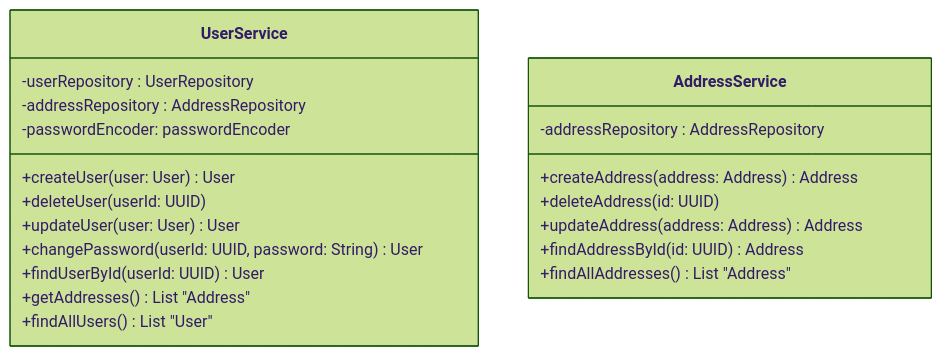
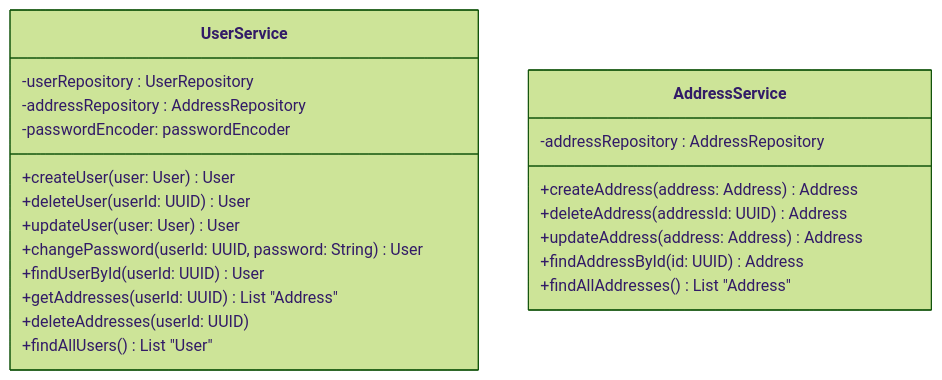
The fifth of 6 diagrams in documentation/user_management_service/user_management_service.md (fruzsina-banyai/webshop), drawn with Mermaid (forest theme) before and after one commit. The commit also changed other lines of this file, not shown here.

````diff
--- a/documentation/user_management_service/user_management_service.md
+++ b/documentation/user_management_service/user_management_service.md
@@ -57,23 +59,24 @@
 ```mermaid
 classDiagram
     class UserService {      
         -userRepository : UserRepository
         -addressRepository : AddressRepository
         -passwordEncoder: passwordEncoder
         +createUser(user: User) User
-        +deleteUser(userId: UUID)
+        +deleteUser(userId: UUID) User
         +updateUser(user: User) User
         +changePassword(userId: UUID, password: String) User
         +findUserById(userId: UUID) User
-        +getAddresses() List "Address"
+        +getAddresses(userId: UUID) List "Address"
+        +deleteAddresses(userId: UUID)
         +findAllUsers() List "User"
     }
     class AddressService { 
         -addressRepository : AddressRepository
         +createAddress(address: Address) Address
-        +deleteAddress(id: UUID)
+        +deleteAddress(addressId: UUID) Address
         +updateAddress(address: Address) Address
         +findAddressById(id: UUID) Address
         +findAllAddresses() List "Address"
     }
 ```
````
